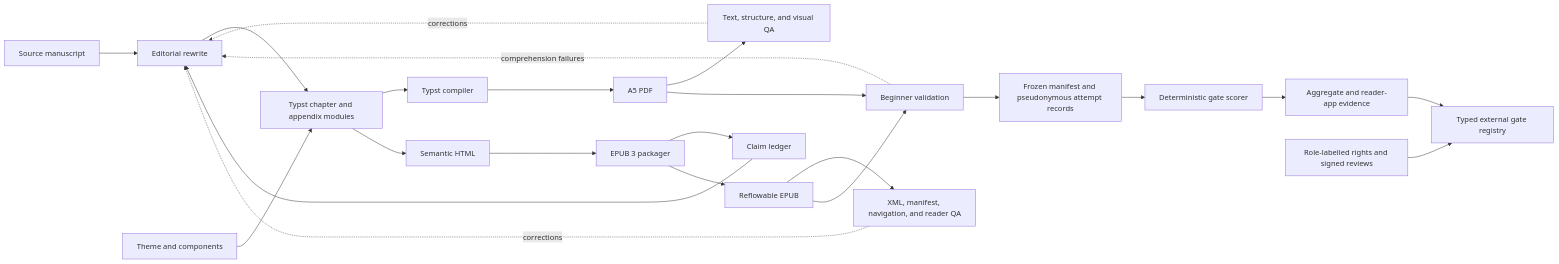
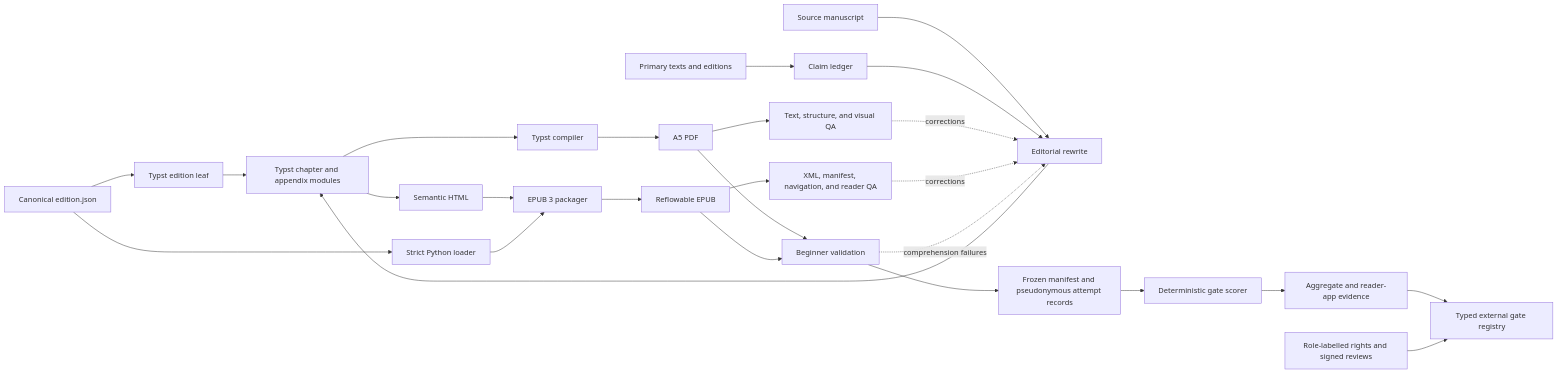
The fifth of 5 diagrams in AGENTS.md (streamentry/streamentry), drawn with Mermaid before and after one commit. The commit also changed other lines of this file and 30 other files, not shown here.

````diff
--- a/AGENTS.md
+++ b/AGENTS.md
@@ -151,25 +176,28 @@
 ```mermaid
 flowchart LR
-  S["Source manuscript"] --> E["Editorial rewrite"]
-  P["Primary texts and editions"] --> L["Claim ledger"]
-  L --> E
-  E --> T["Typst chapter and appendix modules"]
-  Y["Theme and components"] --> T
-  T --> C["Typst compiler"]
-  C --> D["A5 PDF"]
-  T --> H["Semantic HTML"]
-  H --> P["EPUB 3 packager"]
-  P --> U["Reflowable EPUB"]
-  D --> Q["Text, structure, and visual QA"]
-  U --> V["XML, manifest, navigation, and reader QA"]
-  D --> B["Beginner validation"]
-  U --> B
+  ED["Canonical edition.json"] --> ET["Typst edition leaf"]
+  ED --> EL["Strict Python loader"]
+  SM["Source manuscript"] --> EW["Editorial rewrite"]
+  PS["Primary texts and editions"] --> CL["Claim ledger"]
+  CL --> EW
+  EW --> TM["Typst chapter and appendix modules"]
+  ET --> TM
+  TM --> TC["Typst compiler"]
+  TC --> PDF["A5 PDF"]
+  TM --> HTML["Semantic HTML"]
+  HTML --> EP["EPUB 3 packager"]
+  EL --> EP
+  EP --> EPUB["Reflowable EPUB"]
+  PDF --> QA["Text, structure, and visual QA"]
+  EPUB --> V["XML, manifest, navigation, and reader QA"]
+  PDF --> B["Beginner validation"]
+  EPUB --> B
   B --> R["Frozen manifest and pseudonymous attempt records"]
   R --> SC["Deterministic gate scorer"]
   SC --> AE["Aggregate and reader-app evidence"]
   AE --> X["Typed external gate registry"]
   ER["Role-labelled rights and signed reviews"] --> X
-  Q -. "corrections" .-> E
-  V -. "corrections" .-> E
-  B -. "comprehension failures" .-> E
+  QA -. "corrections" .-> EW
+  V -. "corrections" .-> EW
+  B -. "comprehension failures" .-> EW
 ```
````
